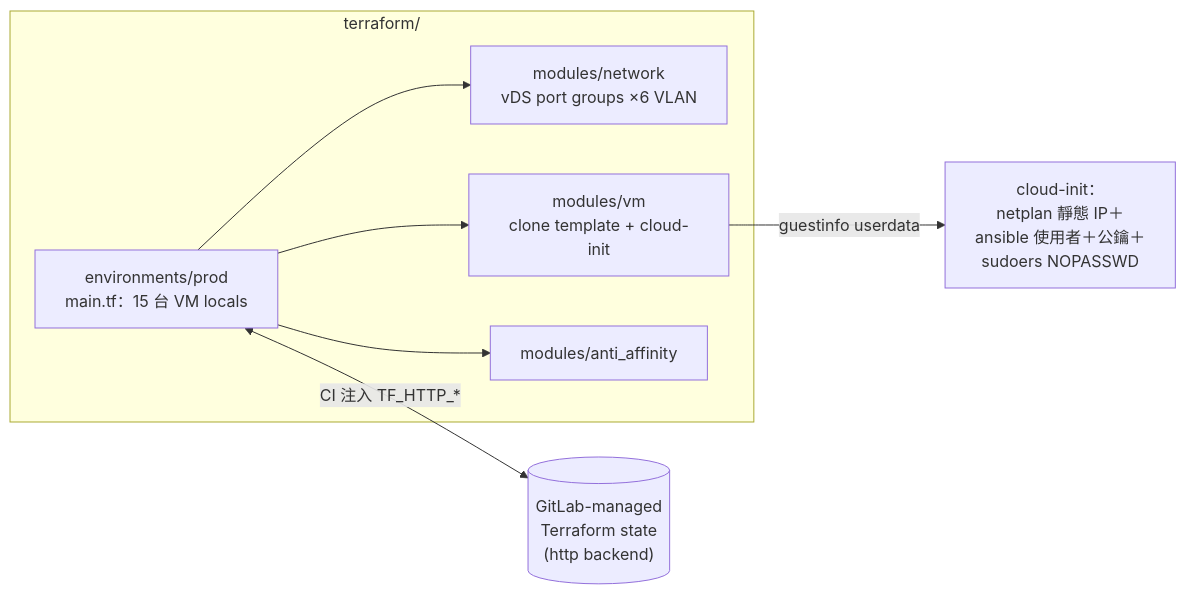
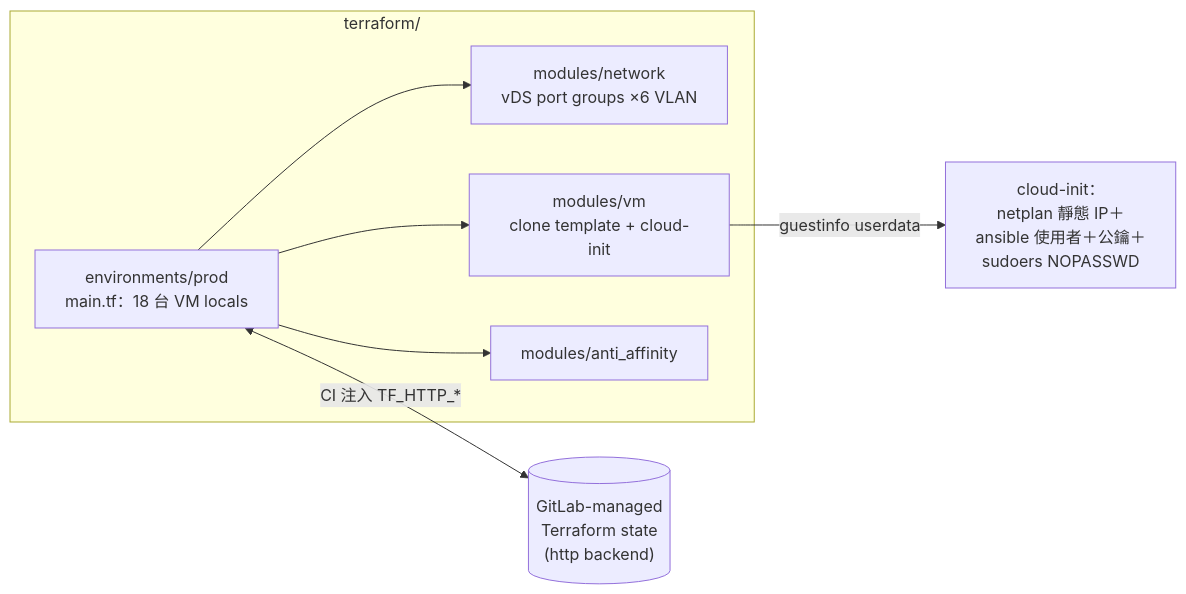
Before and after one commit to JustinHsu0320/onpremis_gitops: the fourth of 12 diagrams in README.md, drawn with Mermaid. The commit also changed other lines of this file and 35 other files, not shown here.

````diff
--- a/README.md
+++ b/README.md
@@ -310,13 +320,13 @@
 ```mermaid
 graph LR
     subgraph TF["terraform/"]
-        ENV["environments/prod<br/>main.tf：15 台 VM locals"]
+        ENV["environments/prod<br/>main.tf：18 台 VM locals"]
         MODN["modules/network<br/>vDS port groups ×6 VLAN"]
         MODV["modules/vm<br/>clone template + cloud-init"]
         MODA["modules/anti_affinity"]
     end
     STATE[("GitLab-managed<br/>Terraform state<br/>(http backend)")]
     ENV --> MODN & MODV & MODA
     ENV <-->|"CI 注入 TF_HTTP_*"| STATE
     MODV -->|"guestinfo userdata"| CI2["cloud-init：<br/>netplan 靜態 IP＋<br/>ansible 使用者＋公鑰＋<br/>sudoers NOPASSWD"]
 ```
````
